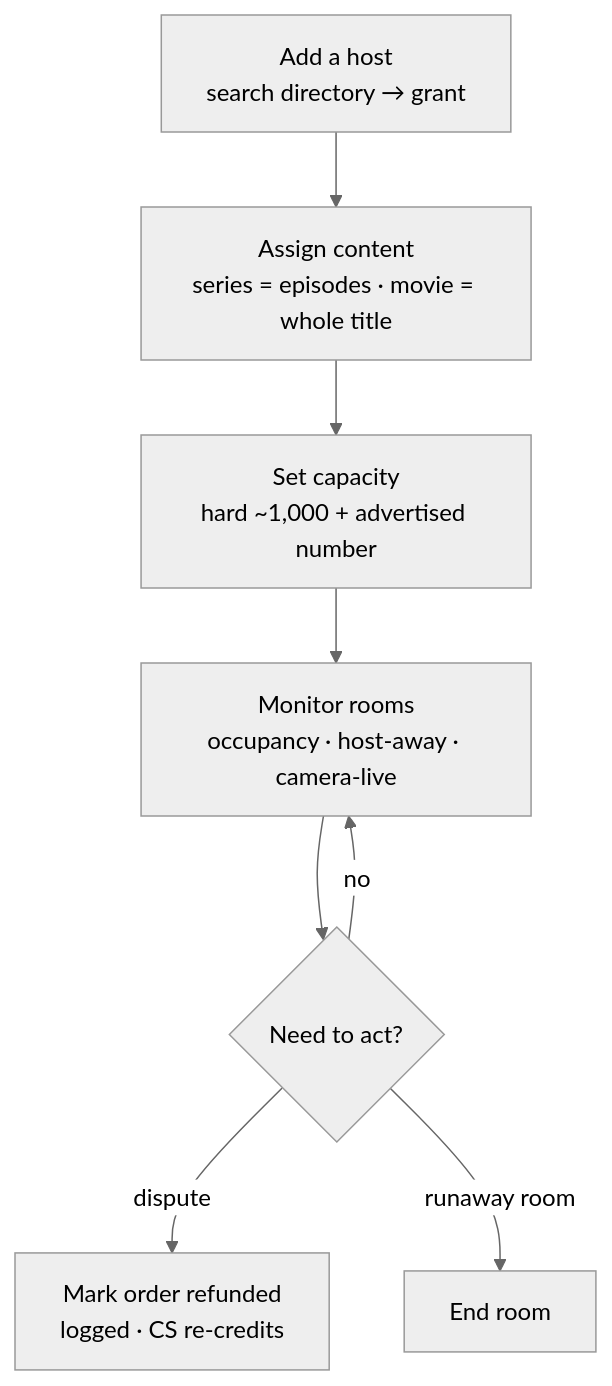
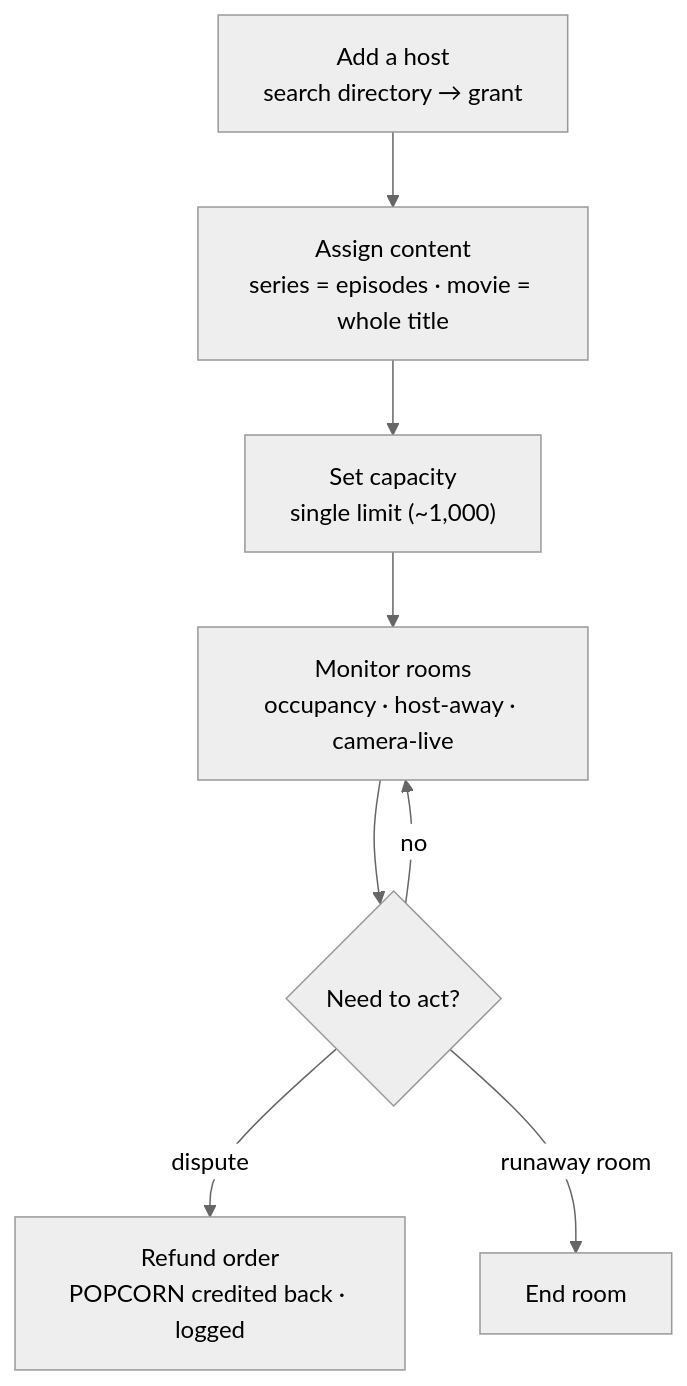
The first of 3 diagrams in draft/watch-party/prototype/_docs/BRD/watch-party/Biz.md (ztor20/Features), drawn with Mermaid (neutral theme) before and after one commit. The commit also changed other lines of this file and 6 other files, not shown here.

````diff
--- a/draft/watch-party/prototype/_docs/BRD/watch-party/Biz.md
+++ b/draft/watch-party/prototype/_docs/BRD/watch-party/Biz.md
@@ -12,10 +12,10 @@
 ```mermaid
 flowchart TD
   A["Add a host<br/>search directory → grant"] --> B["Assign content<br/>series = episodes · movie = whole title"]
-  B --> C["Set capacity<br/>hard ~1,000 + advertised number"]
+  B --> C["Set capacity<br/>single limit (~1,000)"]
   C --> D["Monitor rooms<br/>occupancy · host-away · camera-live"]
   D --> E{"Need to act?"}
-  E -- dispute --> F["Mark order refunded<br/>logged · CS re-credits"]
+  E -- dispute --> F["Refund order<br/>POPCORN credited back · logged"]
   E -- runaway room --> G["End room"]
   E -- no --> D
 ```
````
